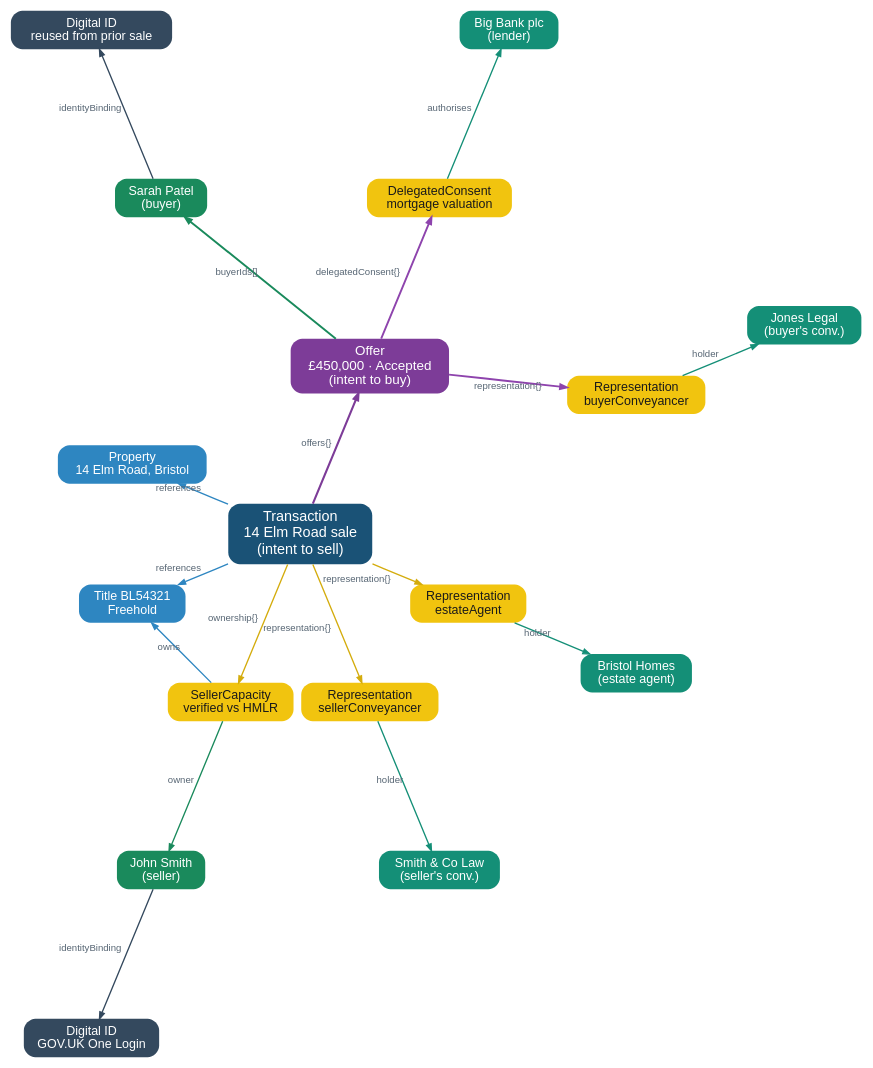
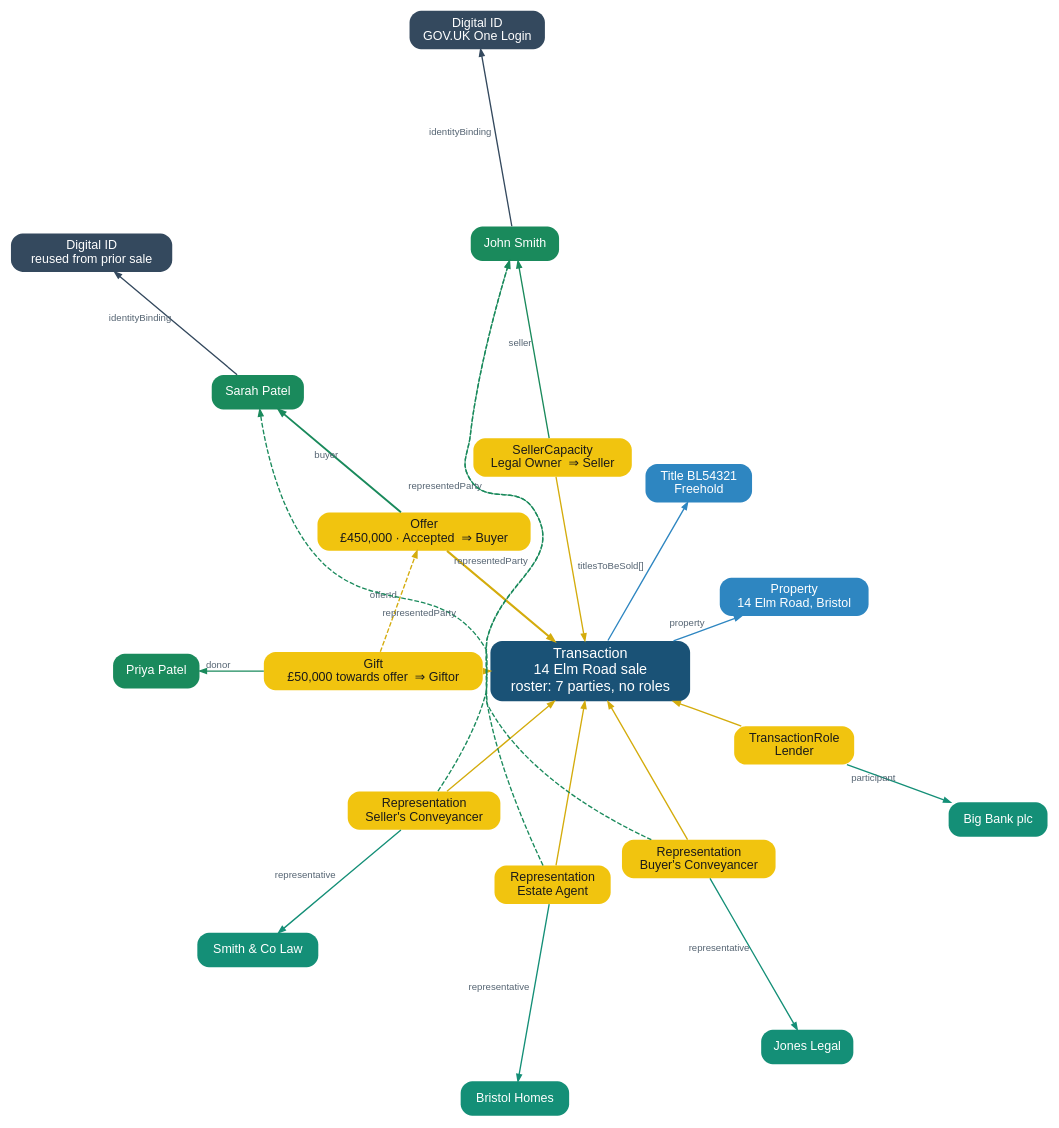
The diagram in src/content/docs/specs/diagrams/entity-graph-example-intents.dot (property-data-standards-co/web), drawn with Graphviz before and after one commit. The commit also changed 34 other files, not shown here.

First line of the commit message:
Update the entity model to the schemas repo's dev decomposition

```diff
--- a/src/content/docs/specs/diagrams/entity-graph-example-intents.dot
+++ b/src/content/docs/specs/diagrams/entity-graph-example-intents.dot
@@ -1,74 +1,83 @@
-// PDTF entity graph — worked example, nested "two intents" radial layout.
+// PDTF entity graph — worked example, radial layout.
 // Render:  twopi -Tsvg entity-graph-example-intents.dot -o entity-graph-example-intents.svg
 //          twopi -Tpng -Gdpi=192 entity-graph-example-intents.dot -o entity-graph-example-intents.png
 //
-// Nesting model (architecture/entities.md §"The Two Intents"):
-//   Transaction = intent to SELL. Holds seller-side relationships:
-//       ownership{} (SellerCapacity), representation{} (sellerConveyancer, estateAgent)
-//   Offer = intent to BUY. SELF-CONTAINED — nests its own buyer-side relationships:
-//       representation{} (buyerConveyancer), delegatedConsent{} (lender access)
-//   Lender access chain is then explicit by containment:
-//       DelegatedConsent  ⊂  Offer  ⊂  Transaction
+// Model (architecture/entities.md §"Roles live on the credentials"):
+//   The Transaction keeps a roster of parties (DID, local id, firm) but no roles.
+//   Every relationship credential references the Transaction and embodies a role:
+//     SellerCapacity ⇒ Seller, Offer ⇒ Buyer, Gift ⇒ Giftor,
+//     Representation (role: which kind), TransactionRole (role: which role).
+//   Revoking a credential removes the role with it.
 
 digraph pdtf {
   layout   = twopi;
   root     = transaction;
   ranksep  = "1.9 equally";
   overlap  = false;
   splines  = true;
   bgcolor  = "white";
   fontname = "Helvetica";
 
   node [shape=box, style="rounded,filled", fontname="Helvetica",
         fontsize=13, margin="0.14,0.09", penwidth=0];
   edge [fontname="Helvetica", fontsize=10, color="#95a5a6",
         fontcolor="#566573", arrowsize=0.7, penwidth=1.4];
 
-  // ── The two intents ─────────────────────────────────
-  transaction [label="Transaction\n14 Elm Road sale\n(intent to sell)", fillcolor="#1a5276", fontcolor="white", fontsize=15];
-  offer       [label="Offer\n£450,000 · Accepted\n(intent to buy)",     fillcolor="#7d3c98", fontcolor="white", fontsize=14];
+  // ── The sale ────────────────────────────────────────
+  transaction [label="Transaction\n14 Elm Road sale\nroster: 7 parties, no roles", fillcolor="#1a5276", fontcolor="white", fontsize=15];
 
-  // ── Core entities (blue) ────────────────────────────
+  // ── Data entities (blue) ────────────────────────────
   property [label="Property\n14 Elm Road, Bristol", fillcolor="#2e86c1", fontcolor="white"];
   title    [label="Title BL54321\nFreehold",        fillcolor="#2e86c1", fontcolor="white"];
 
   // ── Relationship credentials (gold) ─────────────────
-  capacity  [label="SellerCapacity\nverified vs HMLR",  fillcolor="#f1c40f", fontcolor="#1a1a1a"];
-  repSeller [label="Representation\nsellerConveyancer", fillcolor="#f1c40f", fontcolor="#1a1a1a"];
-  repAgent  [label="Representation\nestateAgent",       fillcolor="#f1c40f", fontcolor="#1a1a1a"];
-  repBuyer  [label="Representation\nbuyerConveyancer",  fillcolor="#f1c40f", fontcolor="#1a1a1a"];
-  consent   [label="DelegatedConsent\nmortgage valuation", fillcolor="#f1c40f", fontcolor="#1a1a1a"];
+  capacity  [label="SellerCapacity\nLegal Owner  ⇒ Seller",      fillcolor="#f1c40f", fontcolor="#1a1a1a"];
+  offer     [label="Offer\n£450,000 · Accepted  ⇒ Buyer",       fillcolor="#f1c40f", fontcolor="#1a1a1a"];
+  gift      [label="Gift\n£50,000 towards offer  ⇒ Giftor",     fillcolor="#f1c40f", fontcolor="#1a1a1a"];
+  repSeller [label="Representation\nSeller's Conveyancer",      fillcolor="#f1c40f", fontcolor="#1a1a1a"];
+  repAgent  [label="Representation\nEstate Agent",              fillcolor="#f1c40f", fontcolor="#1a1a1a"];
+  repBuyer  [label="Representation\nBuyer's Conveyancer",       fillcolor="#f1c40f", fontcolor="#1a1a1a"];
+  roleLender [label="TransactionRole\nLender",                  fillcolor="#f1c40f", fontcolor="#1a1a1a"];
 
   // ── People (green) & Organisations (teal) ───────────
-  john         [label="John Smith\n(seller)",             fillcolor="#1a8a5c", fontcolor="white"];
-  sarah        [label="Sarah Patel\n(buyer)",             fillcolor="#1a8a5c", fontcolor="white"];
-  smithco      [label="Smith & Co Law\n(seller's conv.)", fillcolor="#148f77", fontcolor="white"];
-  bristolhomes [label="Bristol Homes\n(estate agent)",    fillcolor="#148f77", fontcolor="white"];
-  joneslegal   [label="Jones Legal\n(buyer's conv.)",     fillcolor="#148f77", fontcolor="white"];
-  bigbank      [label="Big Bank plc\n(lender)",           fillcolor="#148f77", fontcolor="white"];
+  john         [label="John Smith",                       fillcolor="#1a8a5c", fontcolor="white"];
+  sarah        [label="Sarah Patel",                      fillcolor="#1a8a5c", fontcolor="white"];
+  priya        [label="Priya Patel",                      fillcolor="#1a8a5c", fontcolor="white"];
+  smithco      [label="Smith & Co Law",                   fillcolor="#148f77", fontcolor="white"];
+  bristolhomes [label="Bristol Homes",                    fillcolor="#148f77", fontcolor="white"];
+  joneslegal   [label="Jones Legal",                      fillcolor="#148f77", fontcolor="white"];
+  bigbank      [label="Big Bank plc",                     fillcolor="#148f77", fontcolor="white"];
 
   // ── Digital identity (slate) ────────────────────────
   johnId  [label="Digital ID\nGOV.UK One Login",       fillcolor="#34495e", fontcolor="white"];
   sarahId [label="Digital ID\nreused from prior sale", fillcolor="#34495e", fontcolor="white"];
 
-  // ══ TRANSACTION (intent to sell) — seller-side, nested ══
-  transaction -> property  [label="references", color="#2e86c1"];
-  transaction -> title     [label="references", color="#2e86c1"];
-  transaction -> capacity  [label="ownership{}",     color="#d4ac0d"];
-  transaction -> repSeller [label="representation{}", color="#d4ac0d"];
-  transaction -> repAgent  [label="representation{}", color="#d4ac0d"];
-  capacity  -> john         [label="owner",  color="#1a8a5c"];
-  capacity  -> title        [label="owns",   color="#2e86c1", constraint=false];
-  repSeller -> smithco      [label="holder", color="#148f77"];
-  repAgent  -> bristolhomes [label="holder", color="#148f77"];
-  john -> johnId [label="identityBinding", color="#34495e"];
+  // ══ Data entities ══
+  transaction -> property  [label="property",        color="#2e86c1"];
+  transaction -> title     [label="titlesToBeSold[]", color="#2e86c1"];
 
-  // ══ OFFER (intent to buy) — self-contained, nests buyer-side ══
-  transaction -> offer [label="offers{}", color="#7d3c98", penwidth=2.2];
-  offer -> sarah    [label="buyerIds[]",       color="#1a8a5c", penwidth=2];
-  offer -> repBuyer [label="representation{}",  color="#8e44ad", penwidth=2];
-  offer -> consent  [label="delegatedConsent{}", color="#8e44ad", penwidth=2];
-  repBuyer -> joneslegal [label="holder",     color="#148f77"];
-  consent  -> bigbank    [label="authorises", color="#148f77"];
+  // ══ Relationship credentials, each referencing the Transaction ══
+  transaction -> capacity   [color="#d4ac0d", dir=back];
+  transaction -> offer      [color="#d4ac0d", dir=back, penwidth=2.2];
+  transaction -> gift       [color="#d4ac0d", dir=back];
+  transaction -> repSeller  [color="#d4ac0d", dir=back];
+  transaction -> repAgent   [color="#d4ac0d", dir=back];
+  transaction -> repBuyer   [color="#d4ac0d", dir=back];
+  transaction -> roleLender [color="#d4ac0d", dir=back];
+
+  // ══ Who each credential names ══
+  capacity  -> john         [label="seller",            color="#1a8a5c"];
+  offer     -> sarah        [label="buyer",             color="#1a8a5c", penwidth=2];
+  gift      -> priya        [label="donor",             color="#1a8a5c"];
+  gift      -> offer        [label="offerId",           color="#d4ac0d", constraint=false, style=dashed];
+  repSeller -> smithco      [label="representative",    color="#148f77"];
+  repSeller -> john         [label="representedParty",  color="#1a8a5c", constraint=false, style=dashed];
+  repAgent  -> bristolhomes [label="representative",    color="#148f77"];
+  repAgent  -> john         [label="representedParty",  color="#1a8a5c", constraint=false, style=dashed];
+  repBuyer  -> joneslegal   [label="representative",    color="#148f77"];
+  repBuyer  -> sarah        [label="representedParty",  color="#1a8a5c", constraint=false, style=dashed];
+  roleLender -> bigbank     [label="participant",       color="#148f77"];
+
+  john  -> johnId  [label="identityBinding", color="#34495e"];
   sarah -> sarahId [label="identityBinding", color="#34495e"];
 }
```
